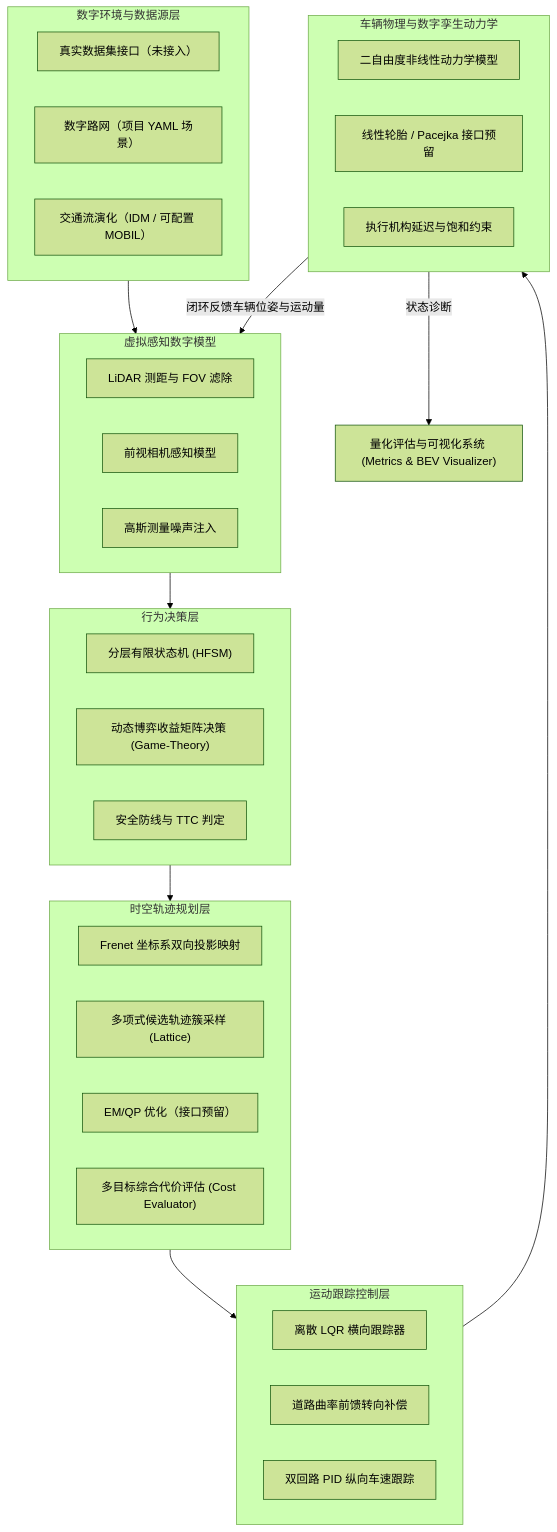
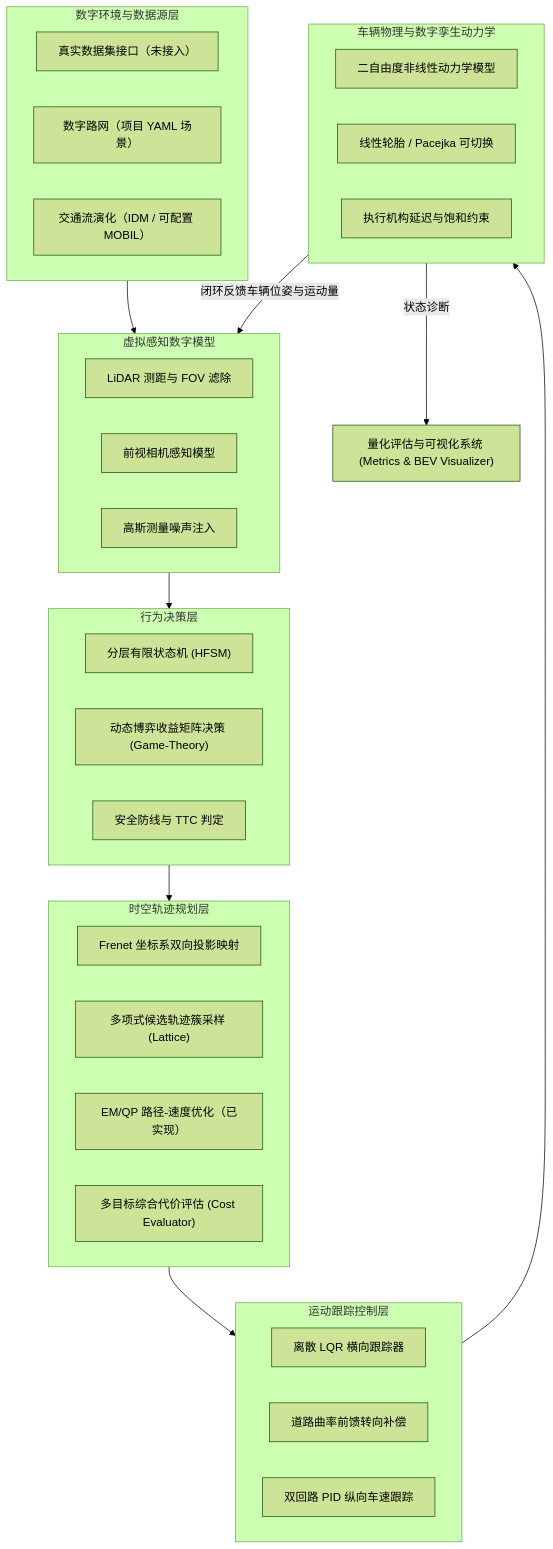
Before and after one commit to fwwwwjj/intelligent-vehicle-simulation: the diagram in docs/02_digital_models.md, drawn with Mermaid (forest theme). The commit also changed other lines of this file and 28 other files, not shown here.

````diff
--- a/docs/02_digital_models.md
+++ b/docs/02_digital_models.md
@@ -7,47 +7,47 @@
 ```mermaid
 flowchart TD
     subgraph Env["数字环境与数据源层"]
         D1["真实数据集接口（未接入）"]
         D2["数字路网（项目 YAML 场景）"]
         D3["交通流演化（IDM / 可配置 MOBIL）"]
     end
 
     subgraph Sense["虚拟感知数字模型"]
         S1["LiDAR 测距与 FOV 滤除"]
         S2["前视相机感知模型"]
         S3["高斯测量噪声注入"]
     end
 
     subgraph Decision["行为决策层"]
         B1["分层有限状态机 (HFSM)"]
         B2["动态博弈收益矩阵决策 (Game-Theory)"]
         B3["安全防线与 TTC 判定"]
     end
 
     subgraph Plan["时空轨迹规划层"]
         P1["Frenet 坐标系双向投影映射"]
         P2["多项式候选轨迹簇采样 (Lattice)"]
-        P3["EM/QP 优化（接口预留）"]
+        P3["EM/QP 路径-速度优化（已实现）"]
         P4["多目标综合代价评估 (Cost Evaluator)"]
     end
 
     subgraph Control["运动跟踪控制层"]
         C1["离散 LQR 横向跟踪器"]
         C2["道路曲率前馈转向补偿"]
         C3["双回路 PID 纵向车速跟踪"]
     end
 
     subgraph Physics["车辆物理与数字孪生动力学"]
         V1["二自由度非线性动力学模型"]
-        V2["线性轮胎 / Pacejka 接口预留"]
+        V2["线性轮胎 / Pacejka 可切换"]
         V3["执行机构延迟与饱和约束"]
     end
 
     Env --> Sense
     Sense --> Decision
     Decision --> Plan
     Plan --> Control
     Control --> Physics
     Physics -->|闭环反馈车辆位姿与运动量| Sense
     Physics -->|状态诊断| Eval["量化评估与可视化系统 (Metrics & BEV Visualizer)"]
 ```
````
